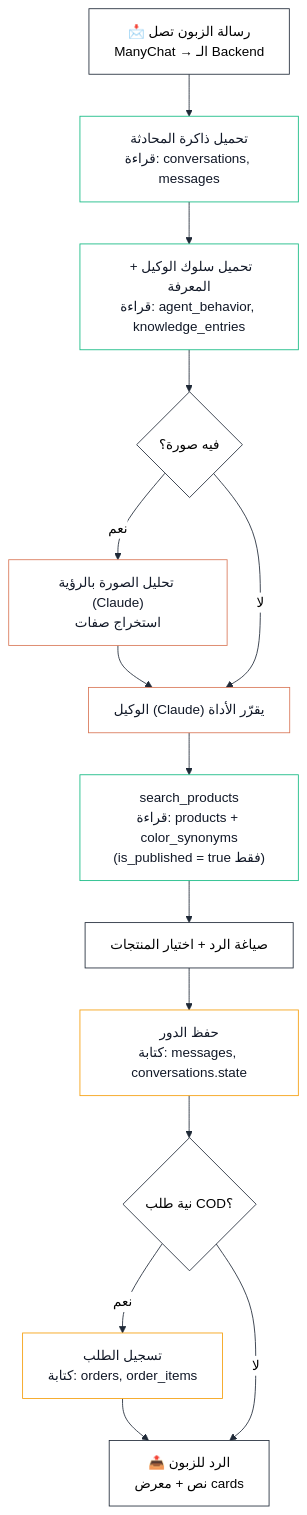
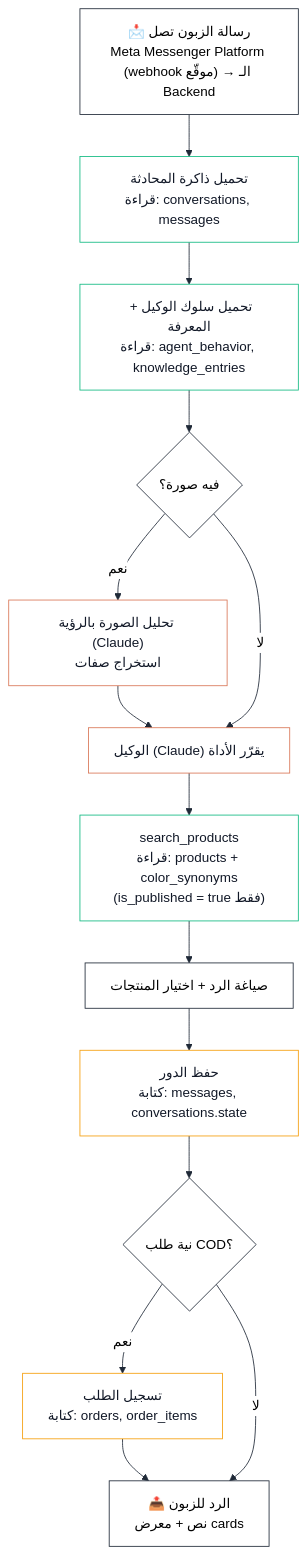
One commit to Nedaldaher1/backend_ai_agent_facebook changed the diagram in docs/diagrams/system-workflow.mermaid. Above: the diagram before and after it, drawn with Mermaid. The commit also changed 20 other files, not shown here.

First line of the commit message:
docs(messenger): add Meta setup runbook, scrub ManyChat repo-wide (WS6)

```diff
--- a/docs/diagrams/system-workflow.mermaid
+++ b/docs/diagrams/system-workflow.mermaid
@@ -1,33 +1,33 @@
 %%{init: {'theme':'base', 'themeVariables': {
   'fontFamily':'Tahoma, Arial, sans-serif',
   'primaryColor':'#ffffff',
   'primaryTextColor':'#000000',
   'primaryBorderColor':'#1f2937',
   'lineColor':'#1f2937',
   'textColor':'#000000',
   'nodeTextColor':'#000000'
 }}}%%
 flowchart TD
-    A["📩 رسالة الزبون تصل<br/>ManyChat → الـ Backend"]
+    A["📩 رسالة الزبون تصل<br/>Meta Messenger Platform (webhook موقّع) → الـ Backend"]
     B["تحميل ذاكرة المحادثة<br/>قراءة: conversations, messages"]:::read
     C["تحميل سلوك الوكيل + المعرفة<br/>قراءة: agent_behavior, knowledge_entries"]:::read
     D{"فيه صورة؟"}
     E["تحليل الصورة بالرؤية (Claude)<br/>استخراج صفات"]:::ai
     F["الوكيل (Claude) يقرّر الأداة"]:::ai
     G["search_products<br/>قراءة: products + color_synonyms<br/>(is_published = true فقط)"]:::read
     H["صياغة الرد + اختيار المنتجات"]
     I["حفظ الدور<br/>كتابة: messages, conversations.state"]:::write
     J{"نية طلب COD؟"}
     K["تسجيل الطلب<br/>كتابة: orders, order_items"]:::write
     L["📤 الرد للزبون<br/>نص + معرض cards"]
 
     A --> B --> C --> D
     D -->|نعم| E --> F
     D -->|لا| F
     F --> G --> H --> I --> J
     J -->|نعم| K --> L
     J -->|لا| L
 
     classDef read fill:#ffffff,stroke:#10b981,color:#111827
     classDef write fill:#ffffff,stroke:#f59e0b,color:#111827
     classDef ai fill:#ffffff,stroke:#d97757,color:#111827
```
